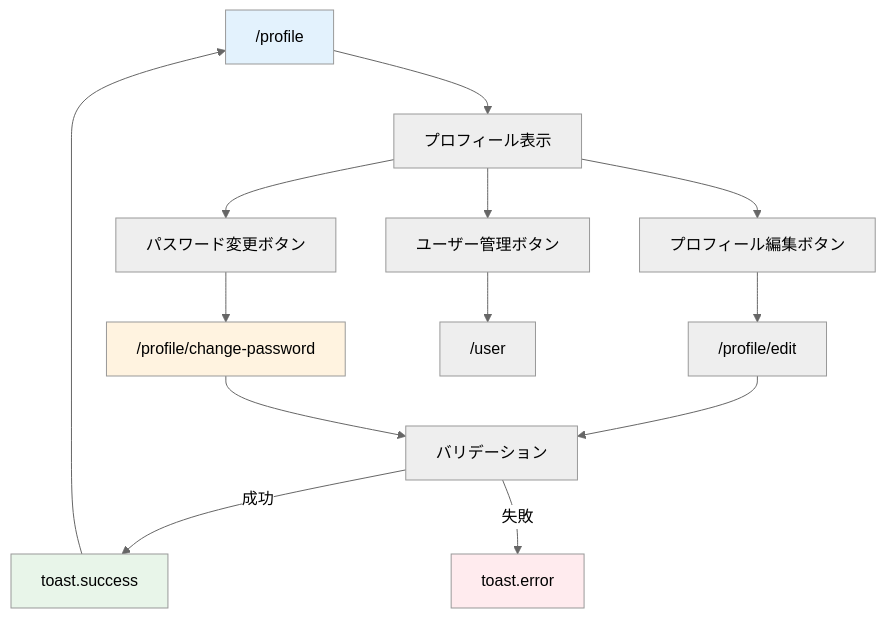
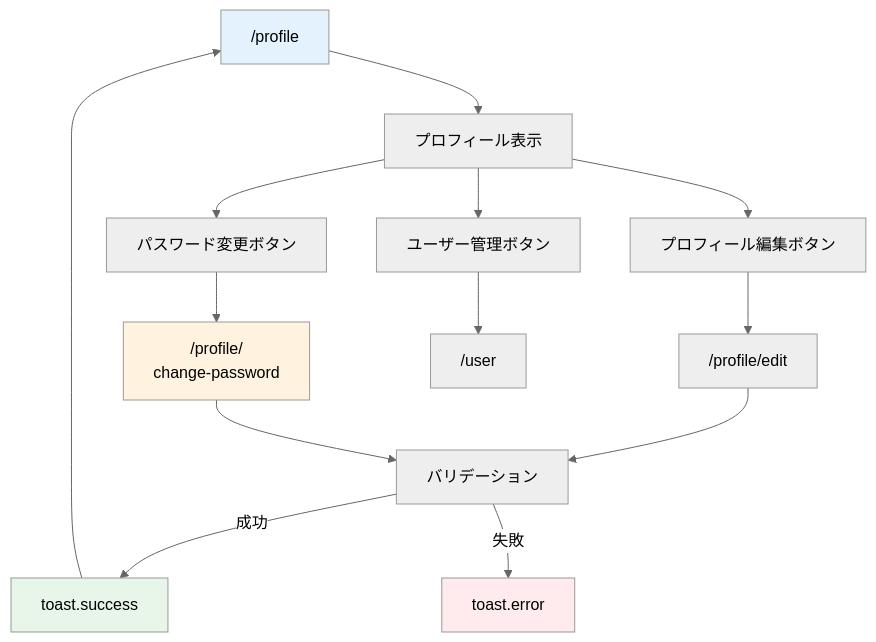
One commit to kouiso/task-app changed the first of 3 diagrams in material/30days-curriculum/day25_プロフィール編集.md. Above: the diagram before and after it, drawn with Mermaid (neutral theme). The commit also changed other lines of this file and 24 other files, not shown here.

First line of the commit message:
fix(material): Mermaid 図のファイル名キャプションとノード途中折れを直す (#457) (#718)

````diff
--- a/material/30days-curriculum/day25_プロフィール編集.md
+++ b/material/30days-curriculum/day25_プロフィール編集.md
@@ -30,20 +30,20 @@
 ```mermaid
 flowchart TD
     A["/profile"] --> B[プロフィール表示]
     B --> C[プロフィール編集ボタン]
     B --> D[パスワード変更ボタン]
     B --> E[ユーザー管理ボタン]
     C --> F["/profile/edit"]
-    D --> G["/profile/change-password"]
+    D --> G["/profile/<br/>change-password"]
     E --> H["/user"]
     F --> I[バリデーション]
     G --> I
     I -->|成功| J[toast.success]
     I -->|失敗| K[toast.error]
     J --> A
 
     style A fill:#e3f2fd
     style G fill:#fff3e0
     style J fill:#e8f5e9
     style K fill:#ffebee
 ```
````
